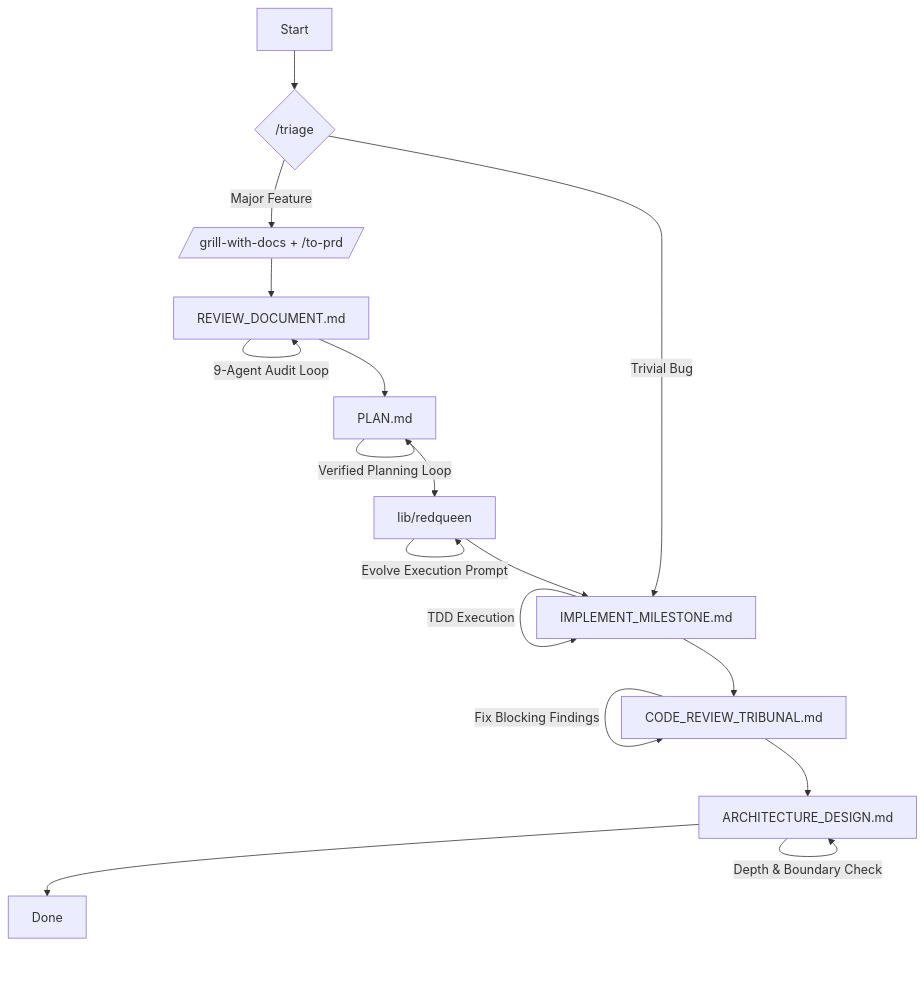
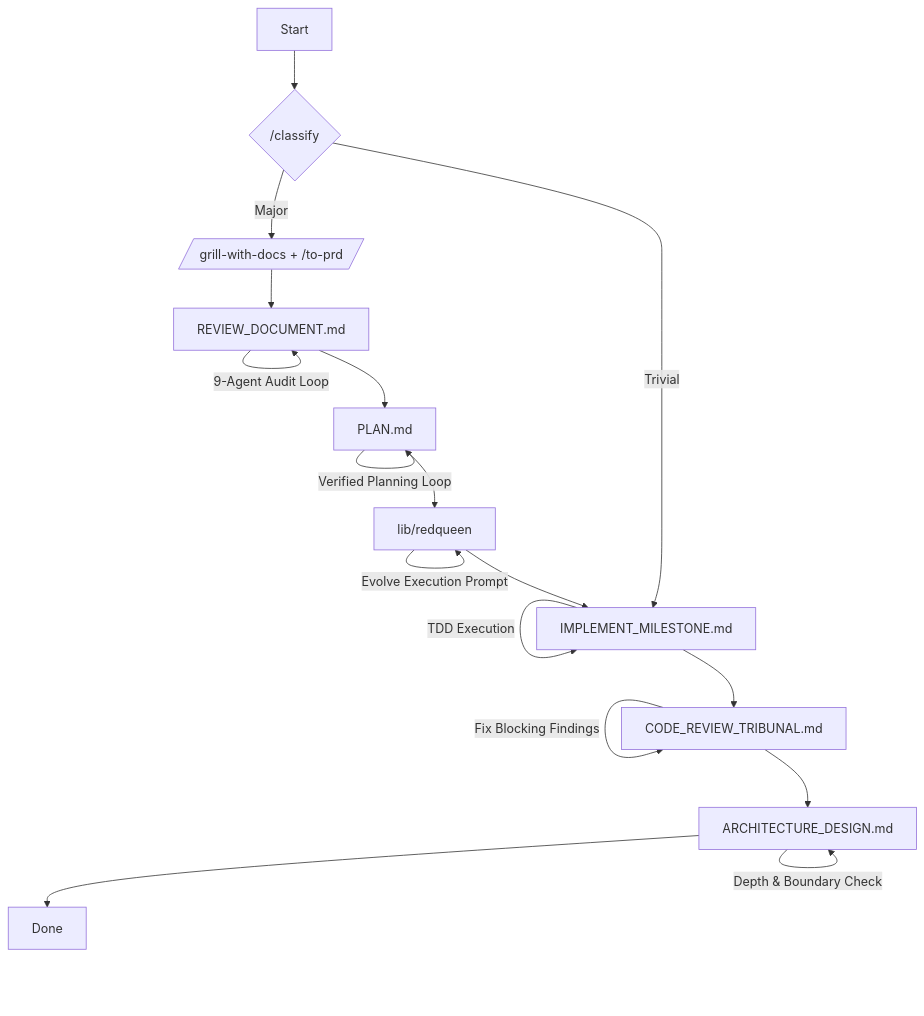
One commit to christophergutierrez/killhouse changed the diagram in README.md. Above: the diagram before and after it, drawn with Mermaid. The commit also changed other lines of this file and 8 other files, not shown here.

````diff
--- a/README.md
+++ b/README.md
@@ -109,26 +109,26 @@
 ```mermaid
 graph TD
-    A[Start] --> B{/triage}
-    B -->|Trivial Bug| G
-    B -->|Major Feature| C[/grill-with-docs + /to-prd/]
+    A[Start] --> B{/classify}
+    B -->|Trivial| G
+    B -->|Major| C[/grill-with-docs + /to-prd/]
     
     C --> D[REVIEW_DOCUMENT.md]
     D -->|9-Agent Audit Loop| D
     
     D --> E[PLAN.md]
     E -->|Verified Planning Loop| E
     
     E --> F[lib/redqueen]
     F -->|Evolve Execution Prompt| F
     
     F --> G[IMPLEMENT_MILESTONE.md]
     G -->|TDD Execution| G
     
     G --> H[CODE_REVIEW_TRIBUNAL.md]
     H -->|Fix Blocking Findings| H
     
     H --> I[ARCHITECTURE_DESIGN.md]
     I -->|Depth & Boundary Check| I
     
     I --> J[Done]
 ```
````
